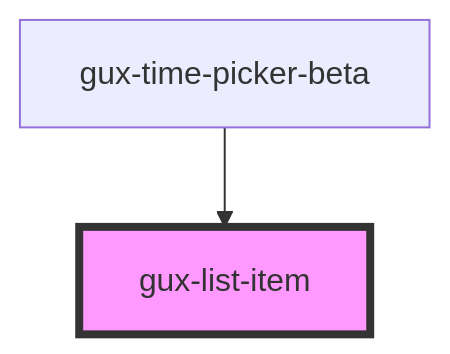
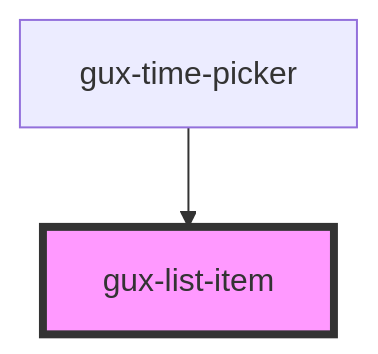
One commit to MyPureCloud/genesys-spark changed the diagram in packages/genesys-spark-components/src/components/stable/gux-list/gux-list-item/readme.md. Above: the diagram before and after it, drawn with Mermaid. The commit also changed other lines of this file and 23 other files, not shown here.

First line of the commit message:
refactor(time-picker): beta to stable

````diff
--- a/packages/genesys-spark-components/src/components/stable/gux-list/gux-list-item/readme.md
+++ b/packages/genesys-spark-components/src/components/stable/gux-list/gux-list-item/readme.md
@@ -29,5 +29,5 @@
 ```mermaid
 graph TD;
-  gux-time-picker-beta --> gux-list-item
+  gux-time-picker --> gux-list-item
   style gux-list-item fill:#f9f,stroke:#333,stroke-width:4px
 ```
````
